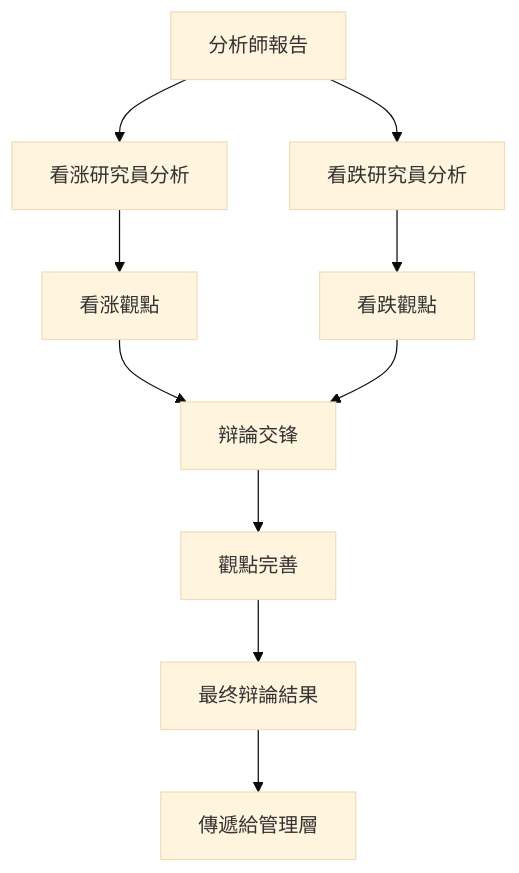
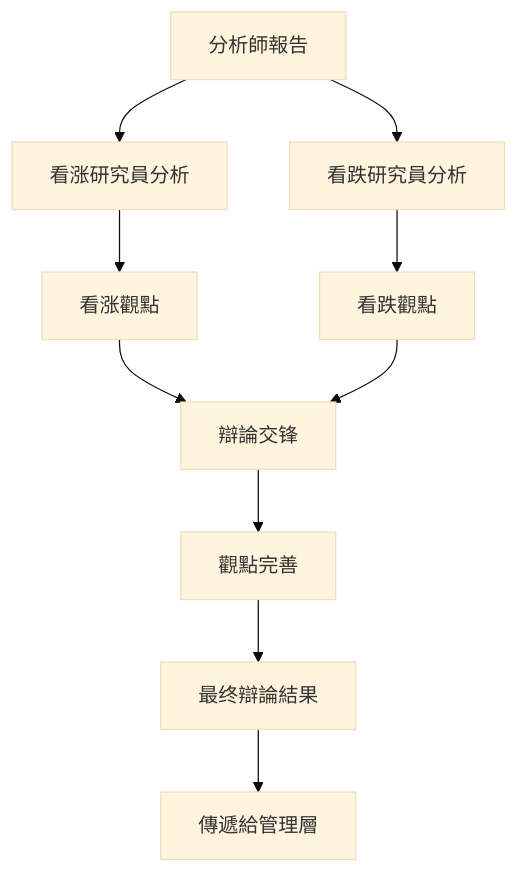
One commit to aiinpocket/TradingAgents-CN changed the diagram in docs/agents/v0.1.13/researchers.md. Above: the diagram before and after it, drawn with Mermaid (base theme). The commit also changed other lines of this file and 277 other files, not shown here.

````diff
--- a/docs/agents/v0.1.13/researchers.md
+++ b/docs/agents/v0.1.13/researchers.md
@@ -136,16 +136,16 @@
 ```mermaid
 graph TB
     A[分析師報告] --> B[看涨研究員分析]
     A --> C[看跌研究員分析]
     
     B --> D[看涨觀點]
     C --> E[看跌觀點]
     
-    D --> F[辩論交锋]
+    D --> F[辯論交锋]
     E --> F
     
     F --> G[觀點完善]
-    G --> H[最终辩論結果]
+    G --> H[最终辯論結果]
     
     H --> I[傳遞給管理層]
 ```
````
